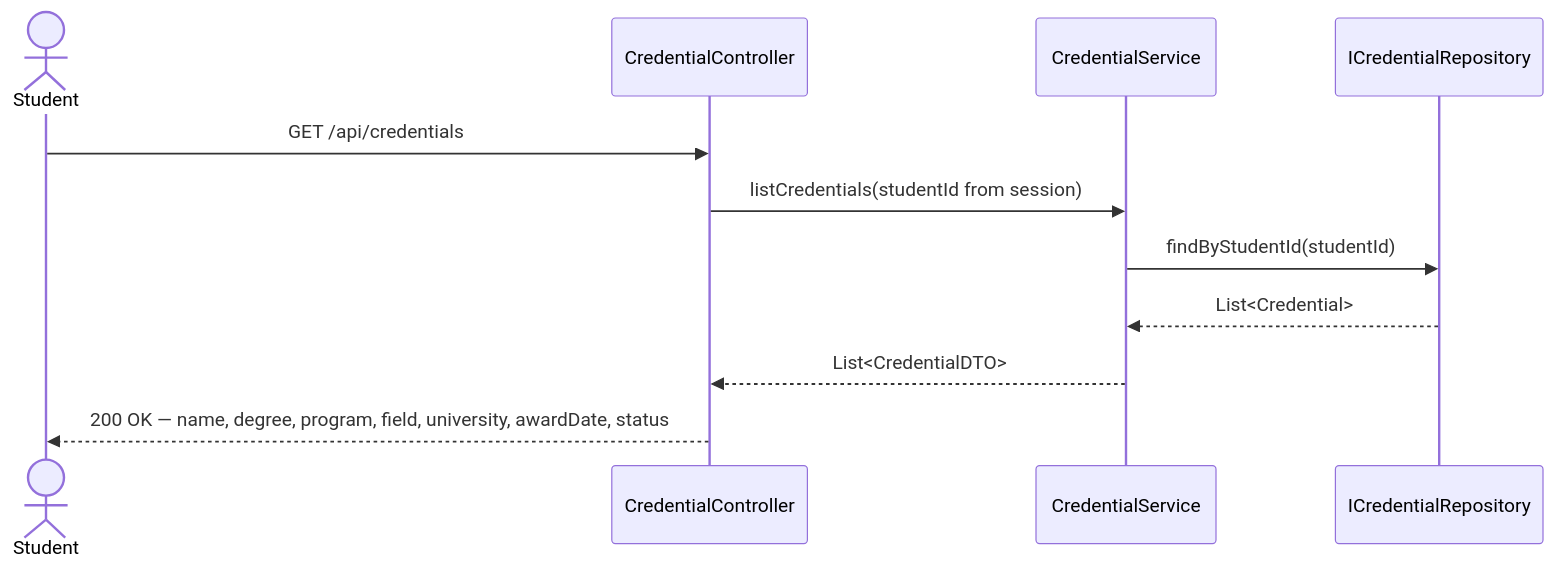
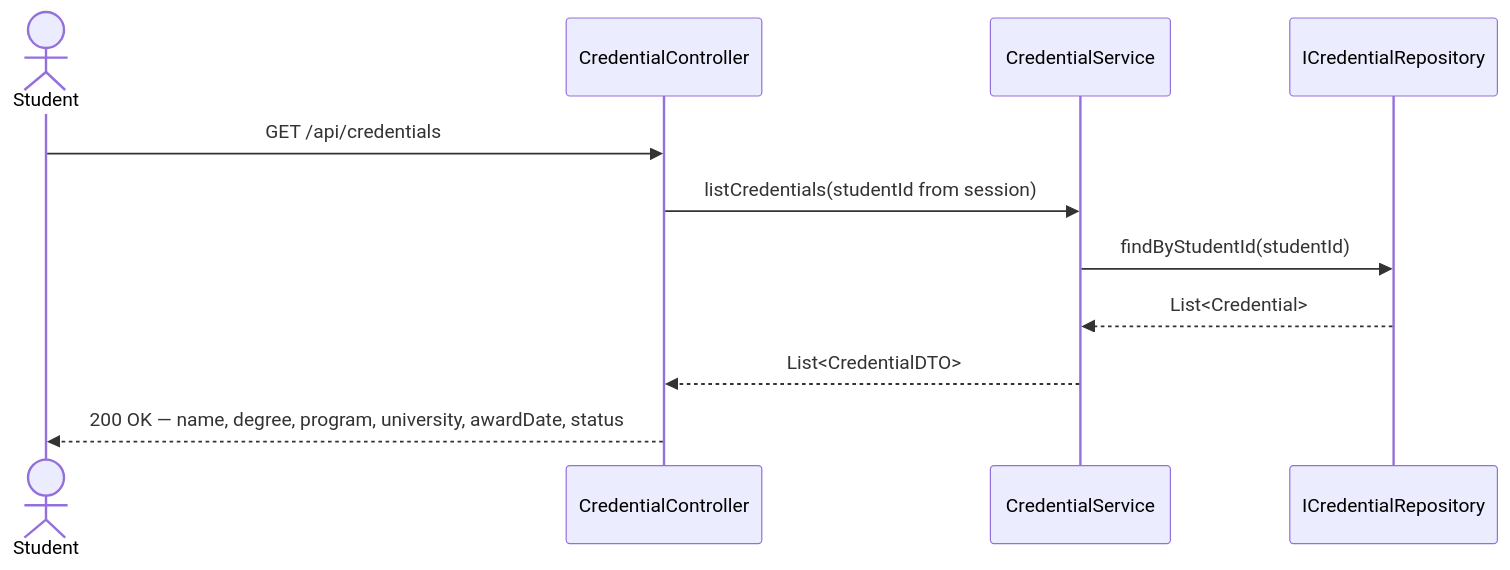
The seventh of 15 diagrams in docs/03-design/Sequence_Diagram.md (huypengin/UniDipVeri), drawn with Mermaid before and after one commit. The commit also changed other lines of this file and 23 other files, not shown here.

````diff
--- a/docs/03-design/Sequence_Diagram.md
+++ b/docs/03-design/Sequence_Diagram.md
@@ -333,14 +333,14 @@
 ```mermaid
 sequenceDiagram
     actor Student
     participant CC as CredentialController
     participant CS as CredentialService
     participant CRepo as ICredentialRepository
 
     Student->>CC: GET /api/credentials
     CC->>CS: listCredentials(studentId from session)
     CS->>CRepo: findByStudentId(studentId)
     CRepo-->>CS: List<Credential>
     CS-->>CC: List<CredentialDTO>
-    CC-->>Student: 200 OK — name, degree, program, field, university, awardDate, status
+    CC-->>Student: 200 OK — name, degree, program, university, awardDate, status
 ```
````
